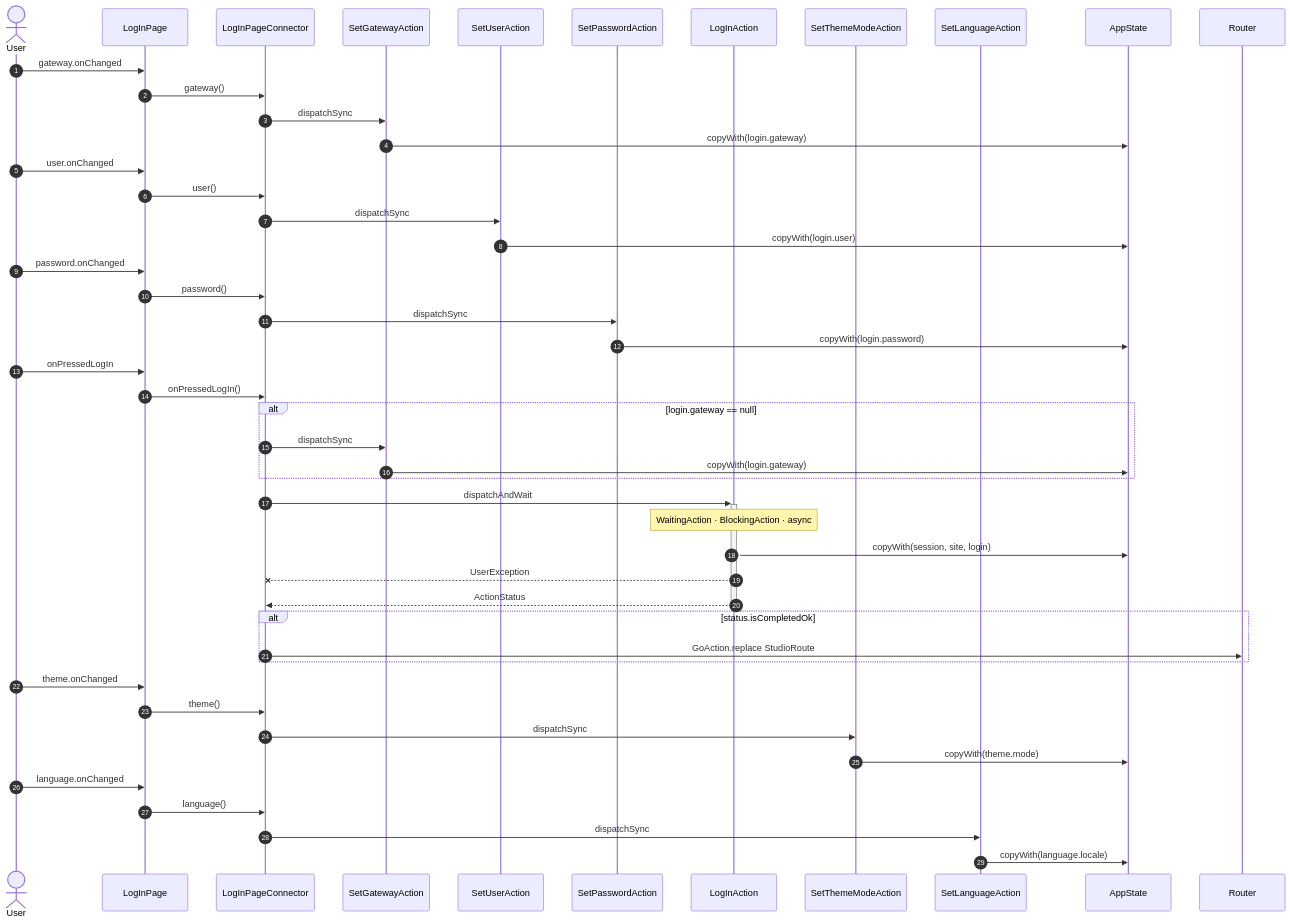
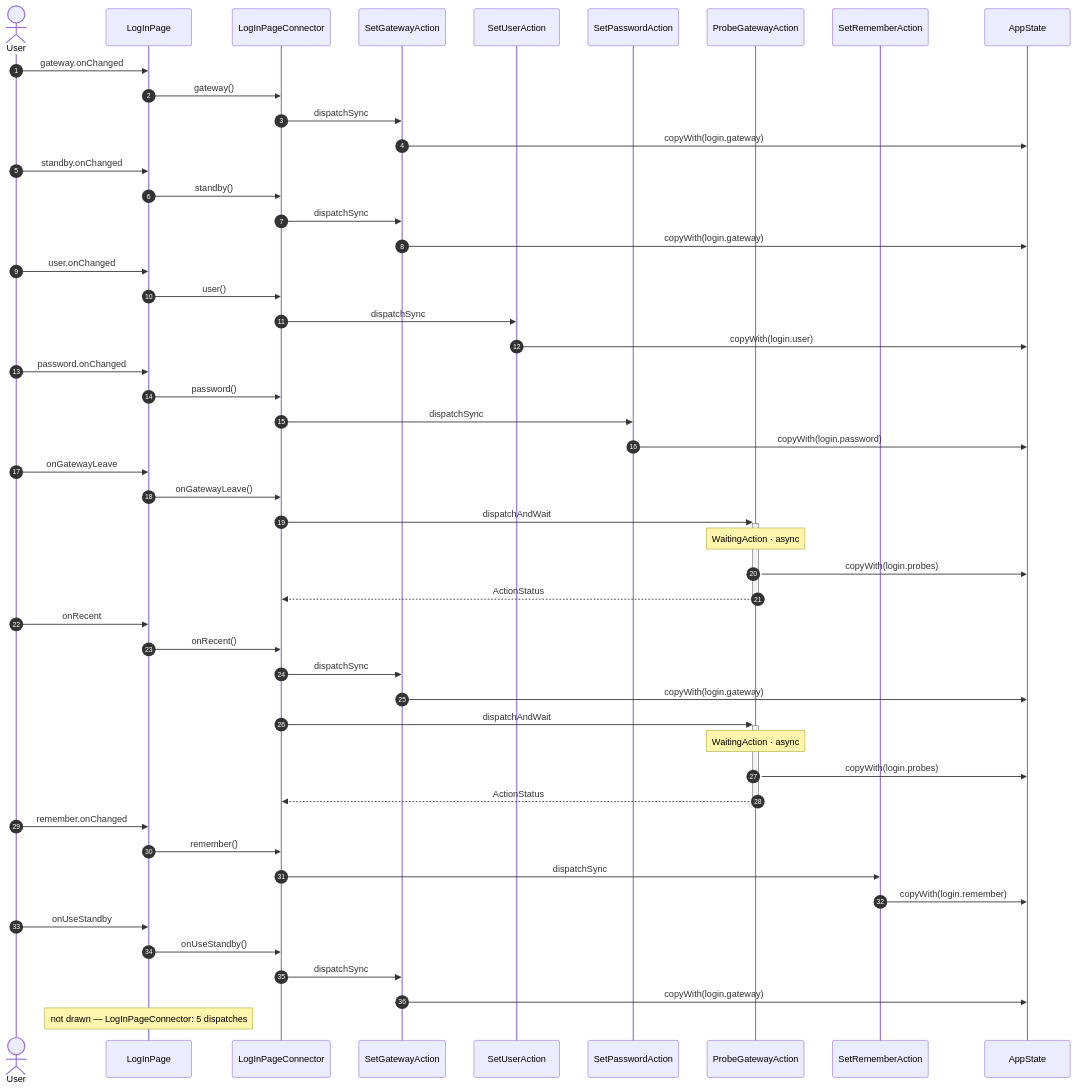
Before and after one commit to gencto/wyrm: the diagram in studio/docs/flows/logIn.md, drawn with Mermaid. The commit also changed other lines of this file and 83 other files, not shown here.

Commit message:
studio: log-in page to its spec, preload on welcome, refresh without hiding content

````diff
--- a/studio/docs/flows/logIn.md
+++ b/studio/docs/flows/logIn.md
@@ -7,55 +7,61 @@
 ```mermaid
 sequenceDiagram
     autonumber
     actor User
     participant UI as LogInPage
     participant VM as LogInPageConnector
     participant A1 as SetGatewayAction
     participant A2 as SetUserAction
     participant A3 as SetPasswordAction
-    participant A4 as LogInAction
-    participant A5 as SetThemeModeAction
-    participant A6 as SetLanguageAction
+    participant A4 as ProbeGatewayAction
+    participant A5 as SetRememberAction
     participant ST as AppState
-    participant NAV as Router
 
     User->>UI: gateway.onChanged
     UI->>VM: gateway()
+    VM->>A1: dispatchSync
+    A1->>ST: copyWith(login.gateway)
+
+    User->>UI: standby.onChanged
+    UI->>VM: standby()
     VM->>A1: dispatchSync
     A1->>ST: copyWith(login.gateway)
 
     User->>UI: user.onChanged
     UI->>VM: user()
     VM->>A2: dispatchSync
     A2->>ST: copyWith(login.user)
 
     User->>UI: password.onChanged
     UI->>VM: password()
     VM->>A3: dispatchSync
     A3->>ST: copyWith(login.password)
 
-    User->>UI: onPressedLogIn
-    UI->>VM: onPressedLogIn()
-    alt login.gateway == null
-        VM->>A1: dispatchSync
-        A1->>ST: copyWith(login.gateway)
-    end
+    User->>UI: onGatewayLeave
+    UI->>VM: onGatewayLeave()
     VM->>+A4: dispatchAndWait
-    Note over A4: WaitingAction · BlockingAction · async
-    A4->>ST: copyWith(session, site, login)
-    A4--xVM: UserException
+    Note over A4: WaitingAction · async
+    A4->>ST: copyWith(login.probes)
     A4-->>-VM: ActionStatus
-    alt status.isCompletedOk
-        VM->>NAV: GoAction.replace StudioRoute
-    end
 
-    User->>UI: theme.onChanged
-    UI->>VM: theme()
+    User->>UI: onRecent
+    UI->>VM: onRecent()
+    VM->>A1: dispatchSync
+    A1->>ST: copyWith(login.gateway)
+    VM->>+A4: dispatchAndWait
+    Note over A4: WaitingAction · async
+    A4->>ST: copyWith(login.probes)
+    A4-->>-VM: ActionStatus
+
+    User->>UI: remember.onChanged
+    UI->>VM: remember()
     VM->>A5: dispatchSync
-    A5->>ST: copyWith(theme.mode)
+    A5->>ST: copyWith(login.remember)
 
-    User->>UI: language.onChanged
-    UI->>VM: language()
-    VM->>A6: dispatchSync
-    A6->>ST: copyWith(language.locale)
+    User->>UI: onUseStandby
+    UI->>VM: onUseStandby()
+    VM->>A1: dispatchSync
+    A1->>ST: copyWith(login.gateway)
+
+    Note over UI: not drawn — LogInPageConnector: 5 dispatches
 ```
````
